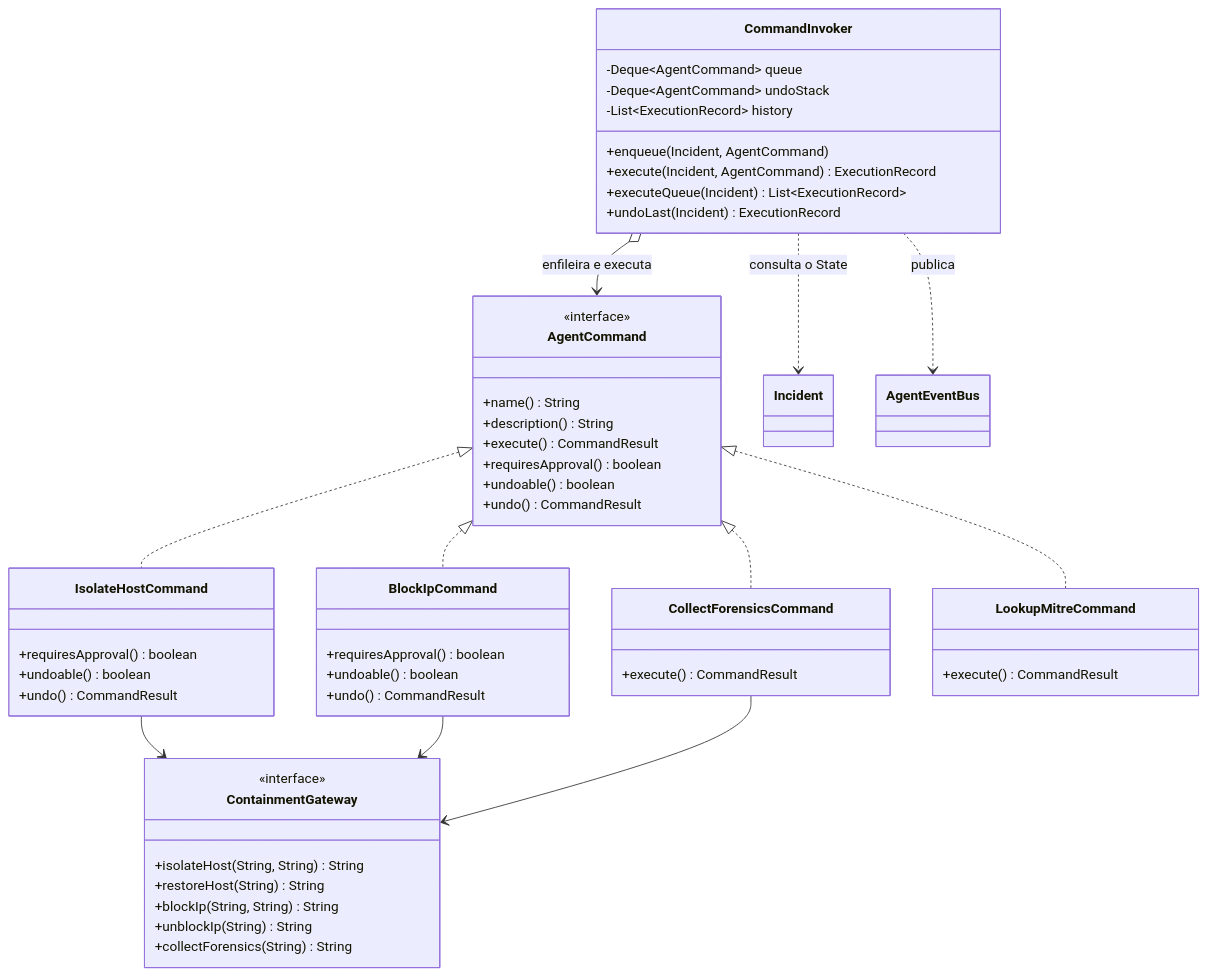
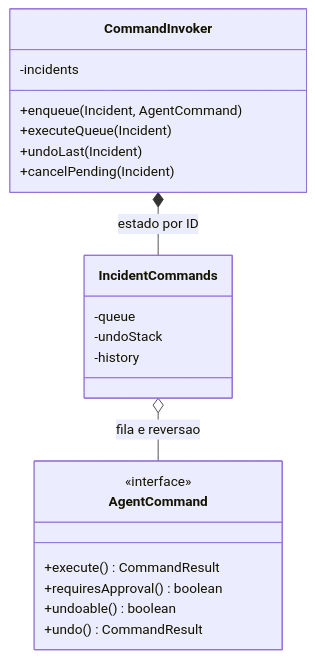
The third of 6 diagrams in docs/arquitetura.md (Galaticos-API/ES-III), drawn with Mermaid before and after one commit. The commit also changed other lines of this file and 28 other files, not shown here.

````diff
--- a/docs/arquitetura.md
+++ b/docs/arquitetura.md
@@ -167,61 +62,24 @@
 ```mermaid
 classDiagram
+    class IncidentCommands {
+        -queue
+        -undoStack
+        -history
+    }
+    class CommandInvoker {
+        -incidents
+        +enqueue(Incident, AgentCommand)
+        +executeQueue(Incident)
+        +undoLast(Incident)
+        +cancelPending(Incident)
+    }
     class AgentCommand {
         <<interface>>
-        +name() String
-        +description() String
         +execute() CommandResult
         +requiresApproval() boolean
         +undoable() boolean
         +undo() CommandResult
     }
-
-    class CommandInvoker {
-        -Deque~AgentCommand~ queue
-        -Deque~AgentCommand~ undoStack
-        -List~ExecutionRecord~ history
-        +enqueue(Incident, AgentCommand)
-        +execute(Incident, AgentCommand) ExecutionRecord
-        +executeQueue(Incident) List~ExecutionRecord~
-        +undoLast(Incident) ExecutionRecord
-    }
-
-    class IsolateHostCommand {
-        +requiresApproval() boolean
-        +undoable() boolean
-        +undo() CommandResult
-    }
-    class BlockIpCommand {
-        +requiresApproval() boolean
-        +undoable() boolean
-        +undo() CommandResult
-    }
-    class CollectForensicsCommand {
-        +execute() CommandResult
-    }
-    class LookupMitreCommand {
-        +execute() CommandResult
-    }
-
-    class ContainmentGateway {
-        <<interface>>
-        +isolateHost(String, String) String
-        +restoreHost(String) String
-        +blockIp(String, String) String
-        +unblockIp(String) String
-        +collectForensics(String) String
-    }
-
-    AgentCommand <|.. IsolateHostCommand
-    AgentCommand <|.. BlockIpCommand
-    AgentCommand <|.. CollectForensicsCommand
-    AgentCommand <|.. LookupMitreCommand
-
-    CommandInvoker o--> AgentCommand : enfileira e executa
-    CommandInvoker ..> Incident : consulta o State
-    CommandInvoker ..> AgentEventBus : publica
-
-    IsolateHostCommand --> ContainmentGateway
-    BlockIpCommand --> ContainmentGateway
-    CollectForensicsCommand --> ContainmentGateway
+    CommandInvoker *-- IncidentCommands : estado por ID
+    IncidentCommands o-- AgentCommand : fila e reversao
 ```
````
